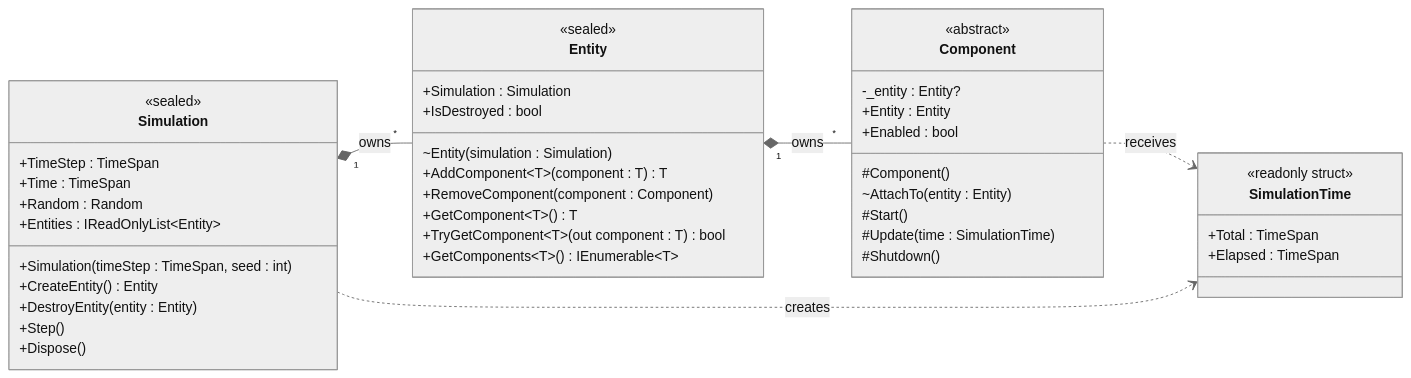
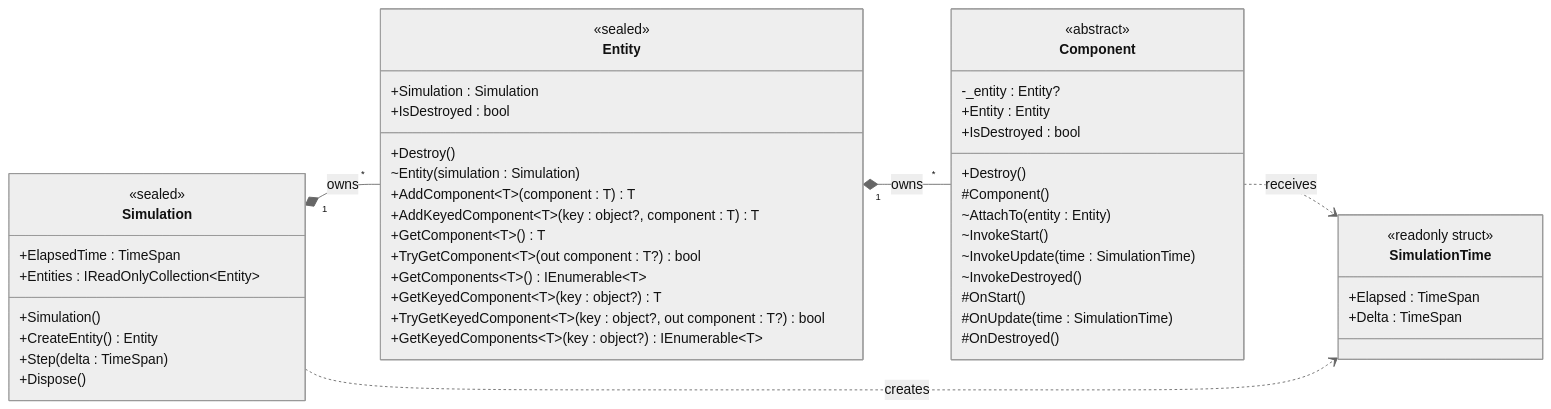
Before and after one commit to Andrew-Pollard/Invicta.Simulation: the first of 4 diagrams in docs/design.md, drawn with Mermaid (neutral theme). The commit also changed other lines of this file, not shown here.

````diff
--- a/docs/design.md
+++ b/docs/design.md
@@ -53,52 +55,57 @@
 ```mermaid
 classDiagram
     direction LR
 
     class Simulation {
         <<sealed>>
-        +TimeStep : TimeSpan
-        +Time : TimeSpan
-        +Random : Random
-        +Entities : IReadOnlyList~Entity~
-        +Simulation(timeStep : TimeSpan, seed : int)
+        +ElapsedTime : TimeSpan
+        +Entities : IReadOnlyCollection~Entity~
+        +Simulation()
         +CreateEntity() Entity
-        +DestroyEntity(entity : Entity)
-        +Step()
+        +Step(delta : TimeSpan)
         +Dispose()
     }
 
     class Entity {
         <<sealed>>
         +Simulation : Simulation
         +IsDestroyed : bool
+        +Destroy()
         ~Entity(simulation : Simulation)
         +AddComponent~T~(component : T) T
-        +RemoveComponent(component : Component)
+        +AddKeyedComponent~T~(key : object?, component : T) T
         +GetComponent~T~() T
-        +TryGetComponent~T~(out component : T) bool
+        +TryGetComponent~T~(out component : T?) bool
         +GetComponents~T~() IEnumerable~T~
+        +GetKeyedComponent~T~(key : object?) T
+        +TryGetKeyedComponent~T~(key : object?, out component : T?) bool
+        +GetKeyedComponents~T~(key : object?) IEnumerable~T~
     }
 
     class Component {
         <<abstract>>
         -_entity : Entity?
         +Entity : Entity
-        +Enabled : bool
+        +IsDestroyed : bool
+        +Destroy()
         #Component()
         ~AttachTo(entity : Entity)
-        #Start()
-        #Update(time : SimulationTime)
-        #Shutdown()
+        ~InvokeStart()
+        ~InvokeUpdate(time : SimulationTime)
+        ~InvokeDestroyed()
+        #OnStart()
+        #OnUpdate(time : SimulationTime)
+        #OnDestroyed()
     }
 
     class SimulationTime {
         <<readonly struct>>
-        +Total : TimeSpan
         +Elapsed : TimeSpan
+        +Delta : TimeSpan
     }
 
     Simulation "1" *-- "*" Entity : owns
     Entity "1" *-- "*" Component : owns
     Component ..> SimulationTime : receives
     Simulation ..> SimulationTime : creates
 ```
````
